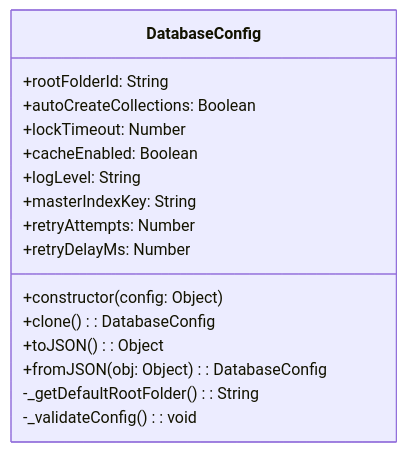
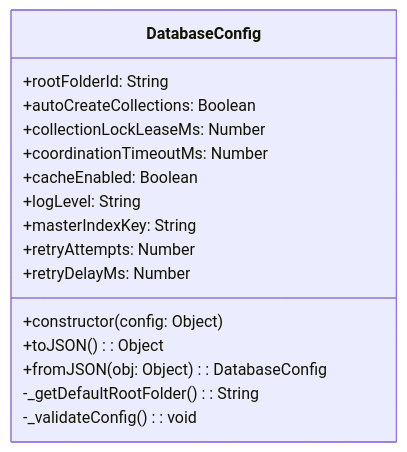
The second of 19 diagrams in docs/developers/Class_Diagrams.md (h-arnold/JsonDbApp), drawn with Mermaid before and after one commit. The commit also changed other lines of this file and 19 other files, not shown here.

First line of the commit message:
Cleanup and enhance JDbLogger and DatabaseConfig (#55)

````diff
--- a/docs/developers/Class_Diagrams.md
+++ b/docs/developers/Class_Diagrams.md
@@ -64,19 +64,19 @@
 ```mermaid
 classDiagram
     class DatabaseConfig {
         +rootFolderId: String
         +autoCreateCollections: Boolean
-        +lockTimeout: Number
+        +collectionLockLeaseMs: Number
+        +coordinationTimeoutMs: Number
         +cacheEnabled: Boolean
         +logLevel: String
         +masterIndexKey: String
         +retryAttempts: Number
         +retryDelayMs: Number
         +constructor(config: Object)
-        +clone(): DatabaseConfig
         +toJSON(): Object
         +fromJSON(obj: Object): DatabaseConfig
         -_getDefaultRootFolder(): String
         -_validateConfig(): void
     }
 ```
````
